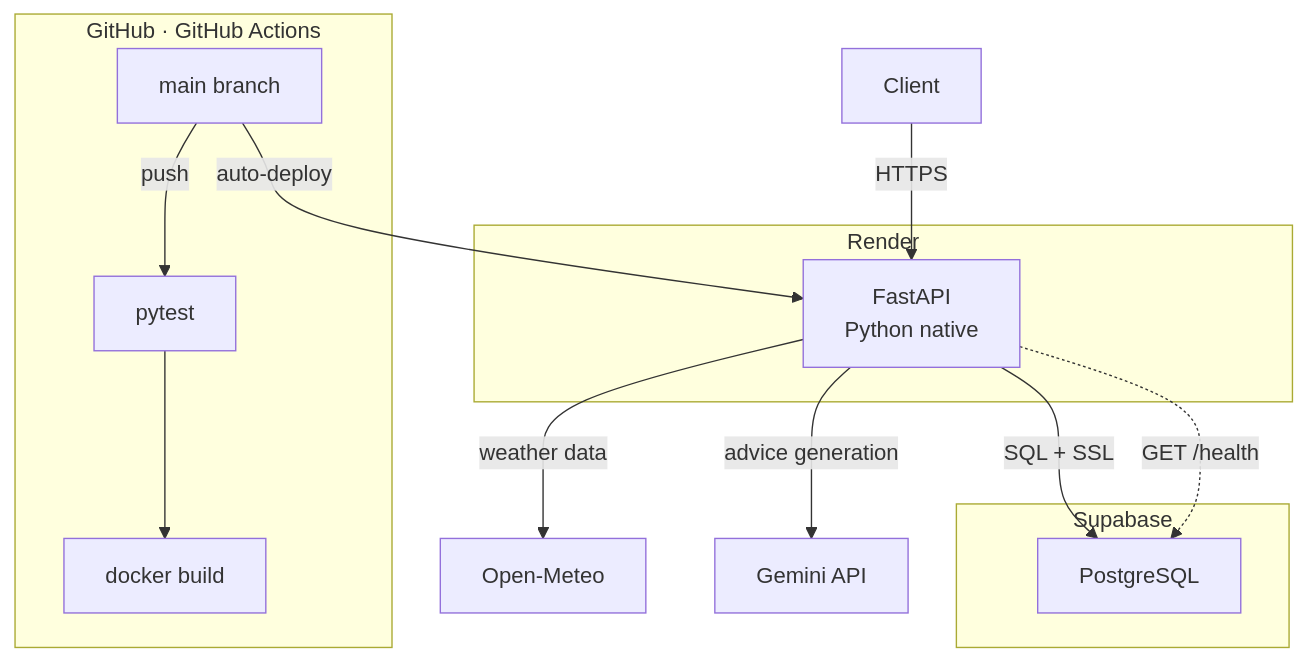
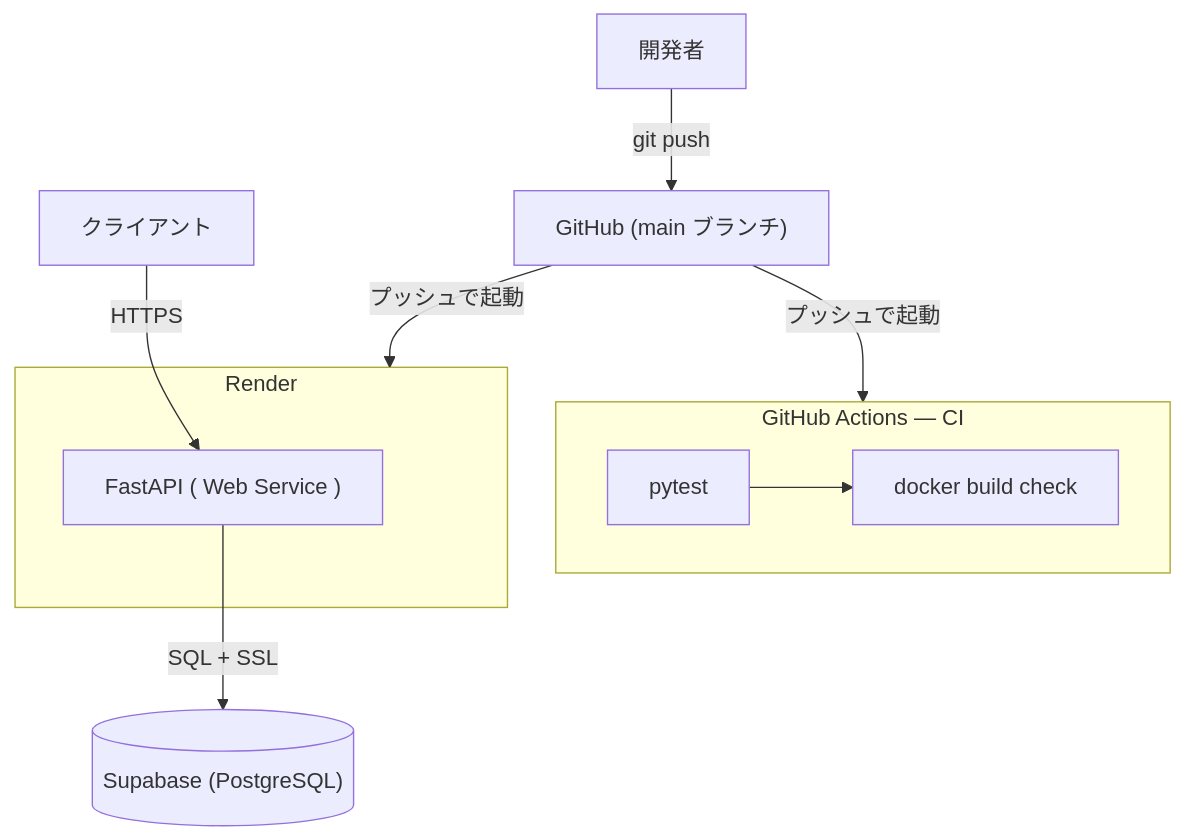
Before and after one commit to Dminin2/healthcare-ai-mvp: the second of 3 diagrams in README_ja.md, drawn with Mermaid. The commit also changed other lines of this file and 1 other file, not shown here.

Commit message:
docs : resolve README merge conflicts

````diff
--- a/README_ja.md
+++ b/README_ja.md
@@ -85,30 +81,24 @@
 ```mermaid
 graph TD
-    Client["Client"]
+    Dev["開発者"]
+    Client["クライアント"]
+    GH["GitHub (main ブランチ)"]
 
-    subgraph GH["GitHub · GitHub Actions"]
-        Repo["main branch"]
+    subgraph CI["GitHub Actions — CI"]
         Test["pytest"]
-        DockerBuild["docker build"]
-        Repo -->|push| Test
-        Test --> DockerBuild
+        Build["docker build check"]
+        Test --> Build
     end
 
-    subgraph RENDER["Render"]
-        API["FastAPI\nPython native"]
+    subgraph RD["Render"]
+        API["FastAPI ( Web Service )"]
     end
 
-    subgraph SUPA["Supabase"]
-        DB["PostgreSQL"]
-    end
+    DB[("Supabase (PostgreSQL)")]
 
-    Weather["Open-Meteo"]
-    LLM["Gemini API"]
-
+    Dev -->|git push| GH
+    GH -->|プッシュで起動| CI
+    GH -->|プッシュで起動| RD
     Client -->|HTTPS| API
-    Repo -->|auto-deploy| API
     API -->|SQL + SSL| DB
-    API -.->|GET /health| DB
-    API -->|weather data| Weather
-    API -->|advice generation| LLM
 ```
````
